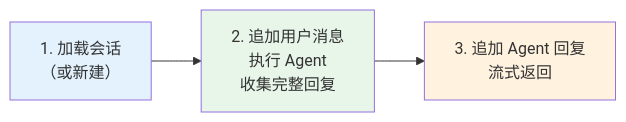
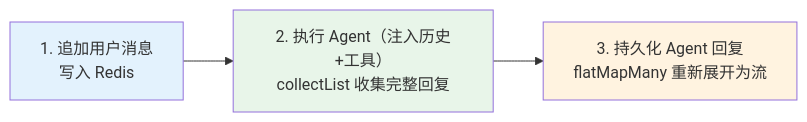
One commit to UranusGit/java-agent-learn changed the third of 6 diagrams in docs/项目/02-多Agent协作平台/02-迭代一-单Agent工具链.md. Above: the diagram before and after it, drawn with Mermaid. The commit also changed other lines of this file and 206 other files, not shown here.

````diff
--- a/docs/项目/02-多Agent协作平台/02-迭代一-单Agent工具链.md
+++ b/docs/项目/02-多Agent协作平台/02-迭代一-单Agent工具链.md
@@ -510,9 +592,9 @@
 ```mermaid
 graph LR
-    S1["1. 加载会话<br/>（或新建）"] --> S2["2. 追加用户消息<br/>执行 Agent<br/>收集完整回复"]
-    S2 --> S3["3. 追加 Agent 回复<br/>流式返回"]
+    S1["1. 追加用户消息<br/>写入 Redis"] --> S2["2. 执行 Agent（注入历史+工具）<br/>collectList 收集完整回复"]
+    S2 --> S3["3. 持久化 Agent 回复<br/>flatMapMany 重新展开为流"]
 
     style S1 fill:#e3f2fd
     style S2 fill:#e8f5e9
     style S3 fill:#fff3e0
 ```
````
